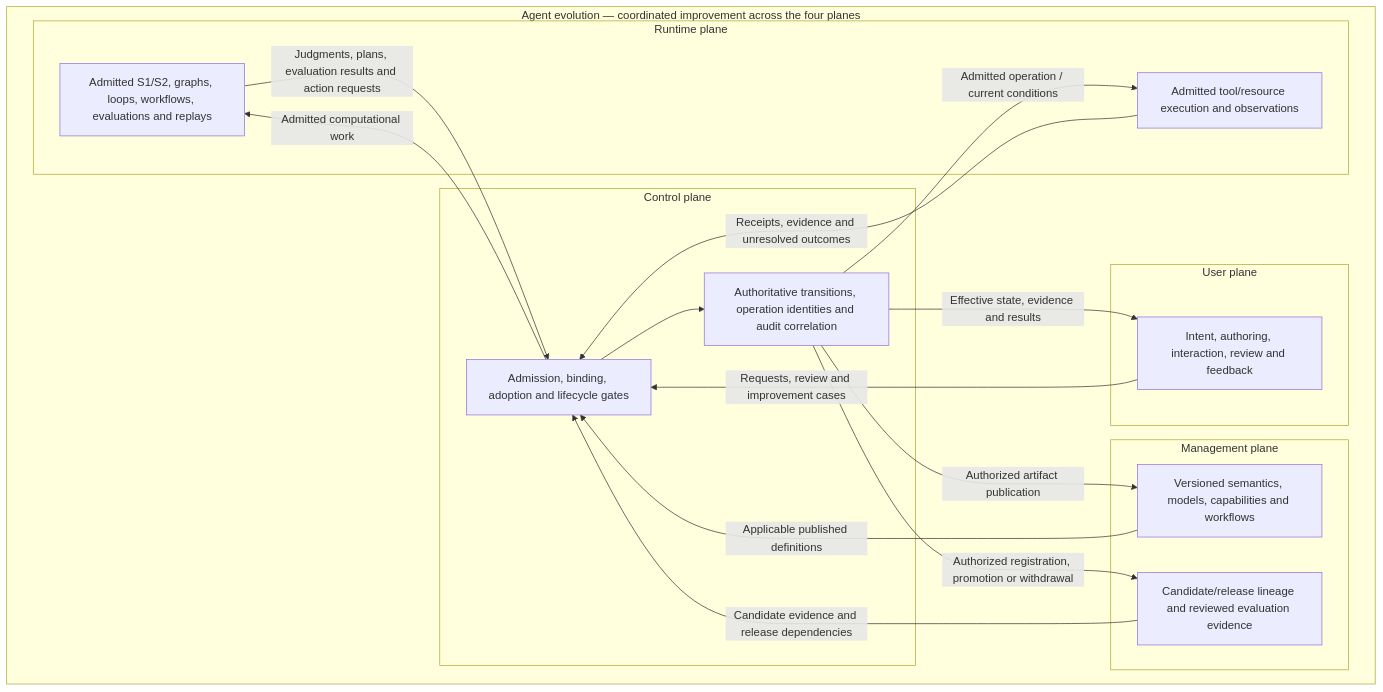
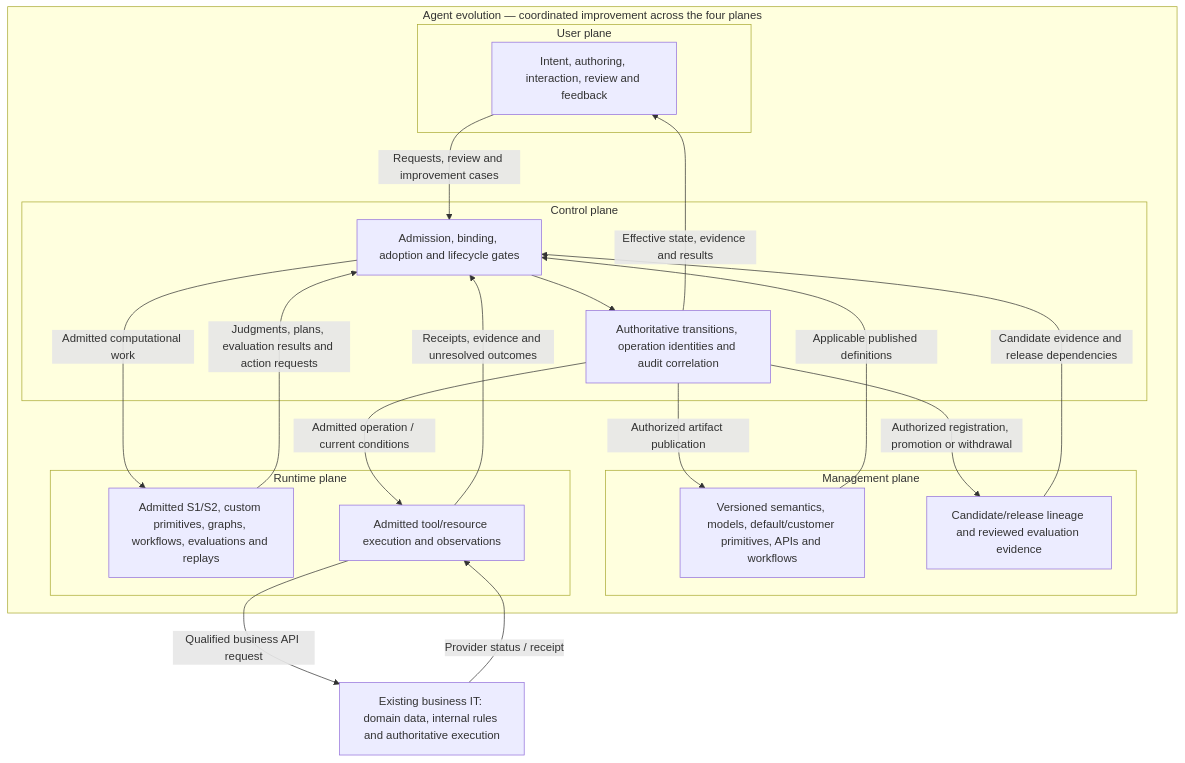
Before and after one commit to chaosxingxc-orion/nga: the first of 6 diagrams in achitecture design/09-nga-architecture-diagrams.md, drawn with Mermaid. The commit also changed other lines of this file and 5 other files, not shown here.

````diff
--- a/achitecture design/09-nga-architecture-diagrams.md
+++ b/achitecture design/09-nga-architecture-diagrams.md
@@ -11,32 +12,35 @@
 ```mermaid
 flowchart TB
     subgraph EV["Agent evolution — coordinated improvement across the four planes"]
         subgraph U["User plane"]
             UI["Intent, authoring, interaction, review and feedback"]
         end
         subgraph M["Management plane"]
-            DEF["Versioned semantics, models, capabilities and workflows"]
+            DEF["Versioned semantics, models, default/customer primitives, APIs and workflows"]
             REL["Candidate/release lineage and reviewed evaluation evidence"]
         end
         subgraph C["Control plane"]
             ADM["Admission, binding, adoption and lifecycle gates"]
             ST["Authoritative transitions, operation identities and audit correlation"]
             ADM --> ST
         end
         subgraph R["Runtime plane"]
-            RUN["Admitted S1/S2, graphs, loops, workflows, evaluations and replays"]
+            RUN["Admitted S1/S2, custom primitives, graphs, workflows, evaluations and replays"]
             IO["Admitted tool/resource execution and observations"]
         end
 
         UI -->|"Requests, review and improvement cases"| ADM
         DEF -->|"Applicable published definitions"| ADM
         REL -->|"Candidate evidence and release dependencies"| ADM
         ADM -->|"Admitted computational work"| RUN
         RUN -->|"Judgments, plans, evaluation results and action requests"| ADM
         ST -->|"Admitted operation / current conditions"| IO
         IO -->|"Receipts, evidence and unresolved outcomes"| ADM
         ST -->|"Effective state, evidence and results"| UI
         ST -->|"Authorized registration, promotion or withdrawal"| REL
         ST -->|"Authorized artifact publication"| DEF
     end
+    IT["Existing business IT: domain data, internal rules and authoritative execution"]
+    IO -->|"Qualified business API request"| IT
+    IT -->|"Provider status / receipt"| IO
 ```
````
